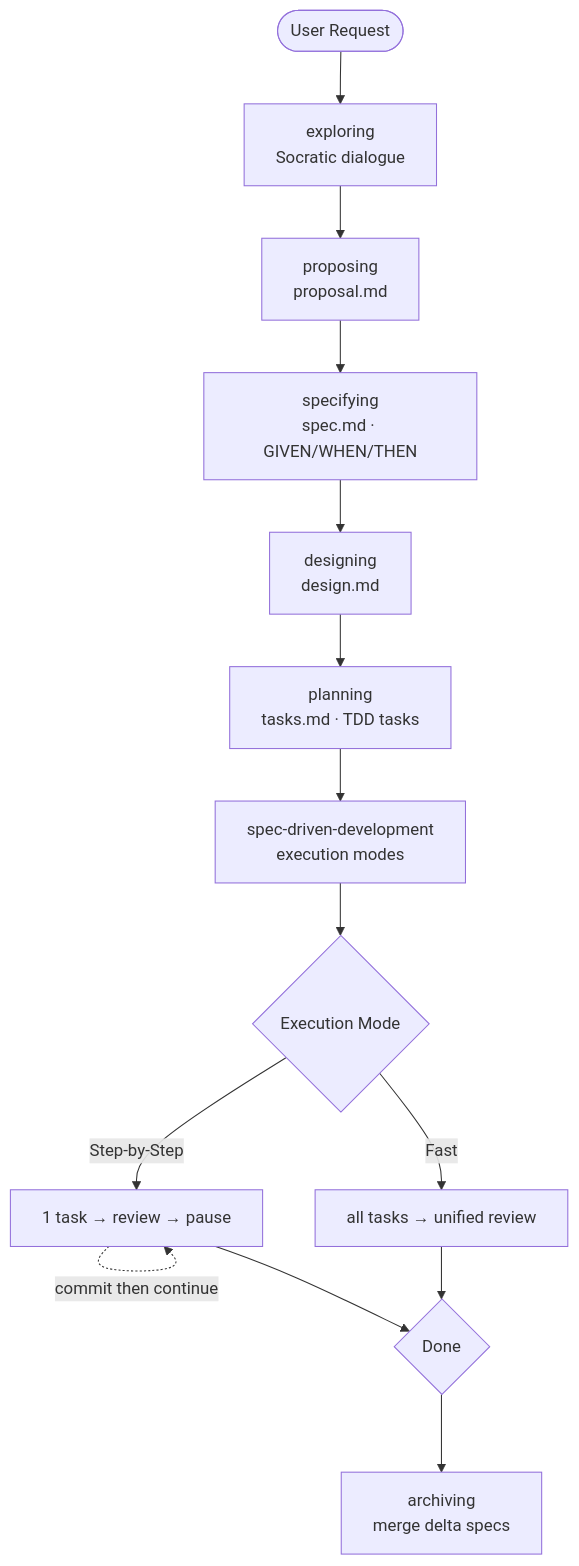
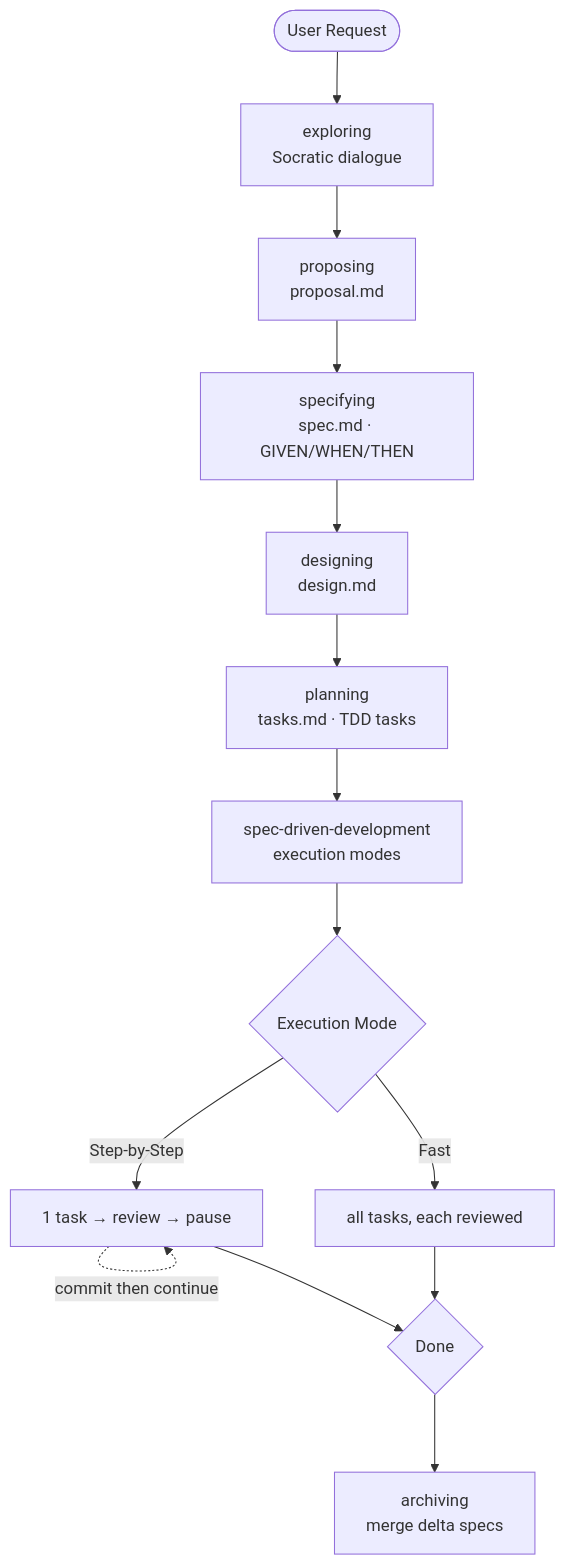
The first of 2 diagrams in README.md (NSObjects/specpowers), drawn with Mermaid before and after one commit. The commit also changed other lines of this file and 28 other files, not shown here.

````diff
--- a/README.md
+++ b/README.md
@@ -43,16 +43,16 @@
 ```mermaid
 flowchart TD
     Start([User Request]) --> Exploring[exploring<br/>Socratic dialogue]
     Exploring --> Proposing[proposing<br/>proposal.md]
     Proposing --> Specifying[specifying<br/>spec.md · GIVEN/WHEN/THEN]
     Specifying --> Designing[designing<br/>design.md]
     Designing --> Planning[planning<br/>tasks.md · TDD tasks]
     Planning --> Execution[spec-driven-development<br/>execution modes]
     Execution --> Choice{Execution Mode}
     Choice -->|Step-by-Step| Step[1 task → review → pause]
-    Choice -->|Fast| Fast[all tasks → unified review]
+    Choice -->|Fast| Fast[all tasks, each reviewed]
     Step -.->|commit then continue| Step
     Step --> Done
     Fast --> Done
     Done{Done} --> Archiving[archiving<br/>merge delta specs]
 ```
````
